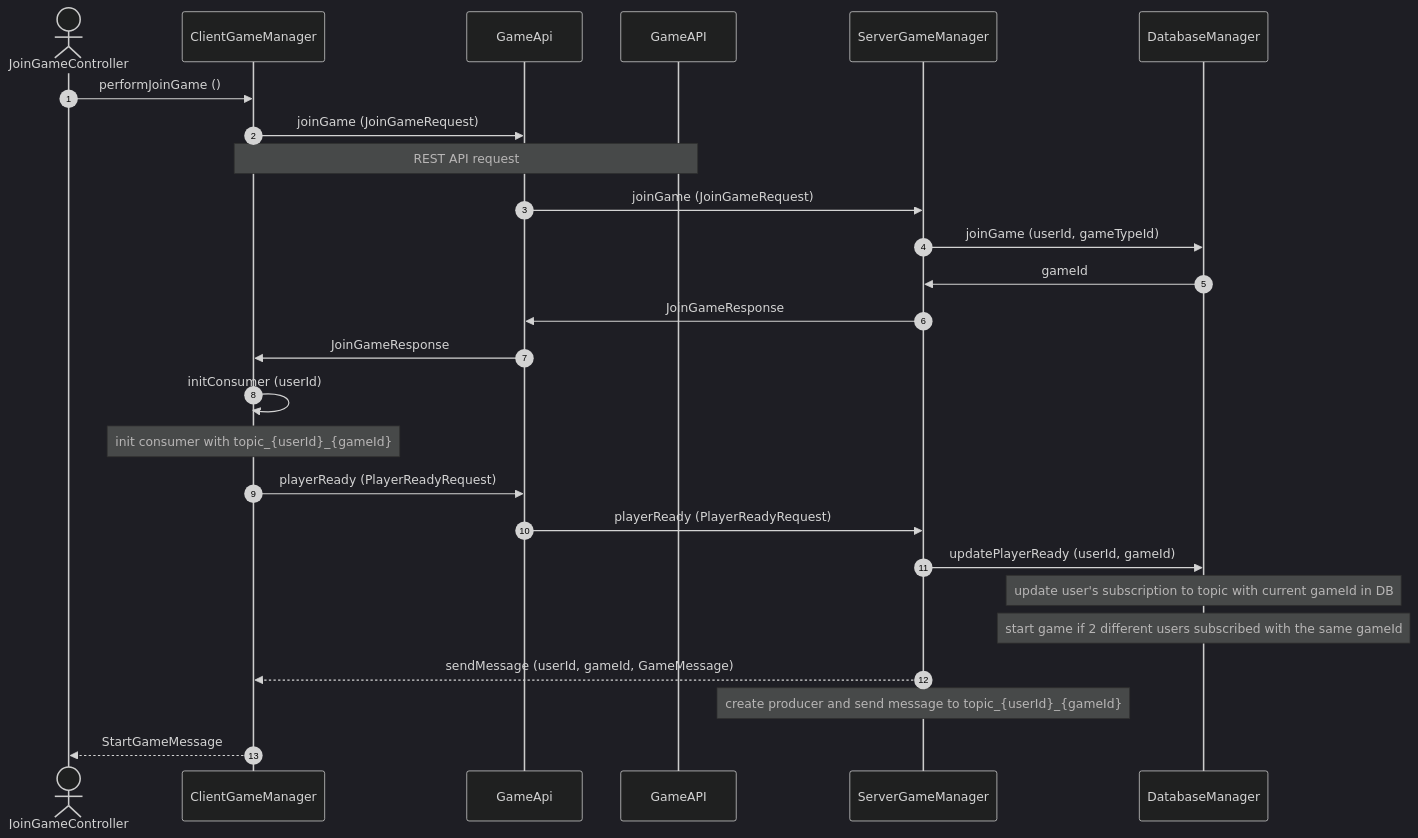
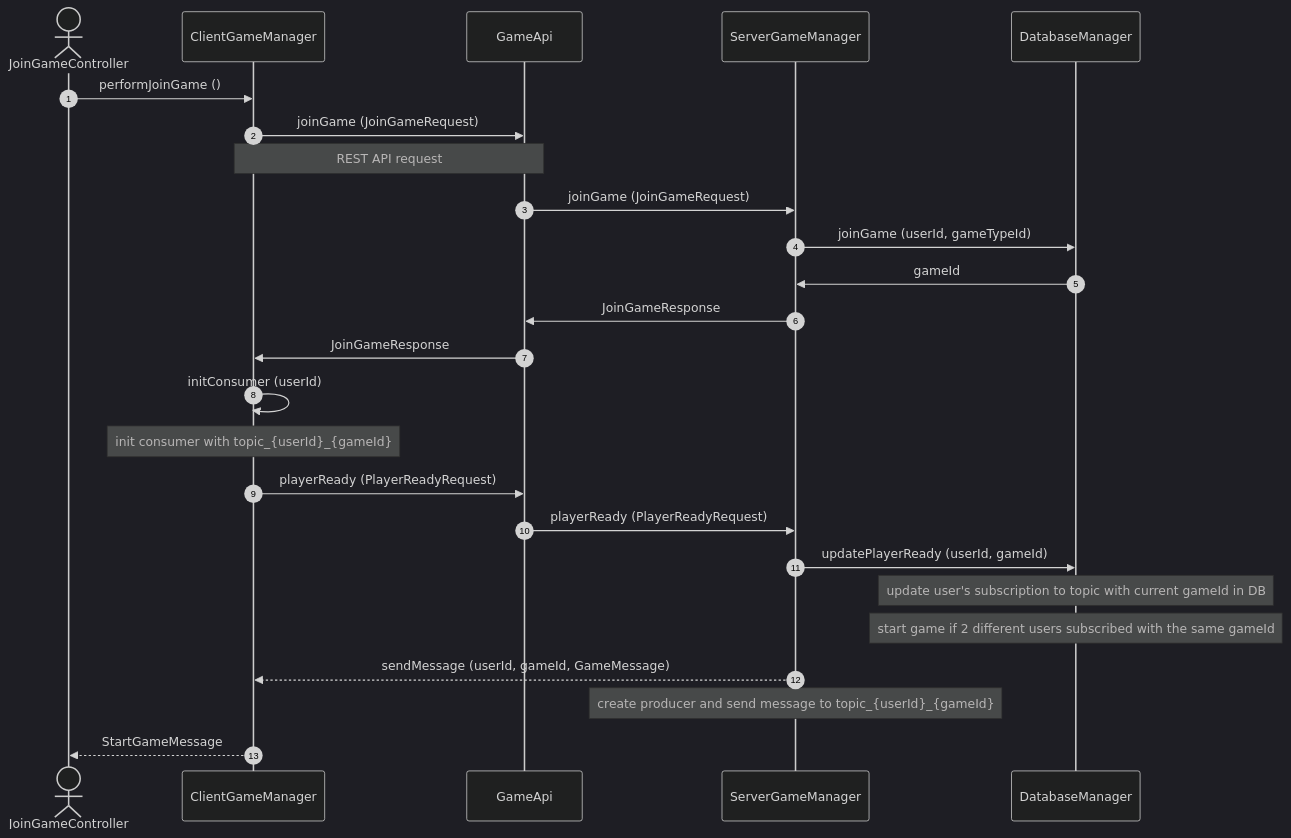
Before and after one commit to alice-ruv/board-games: the diagram in README.md, drawn with Mermaid (dark theme).

````diff
--- a/README.md
+++ b/README.md
@@ -151,23 +151,23 @@
 ```mermaid 
 sequenceDiagram
 autonumber
 actor JoinGameController
 JoinGameController ->> ClientGameManager: performJoinGame ()
 ClientGameManager ->> GameApi: joinGame (JoinGameRequest)
-note over ClientGameManager, GameAPI: REST API request
+note over ClientGameManager, GameApi: REST API request
 GameApi ->> ServerGameManager: joinGame (JoinGameRequest)
 ServerGameManager ->> DatabaseManager: joinGame (userId, gameTypeId)
 DatabaseManager ->> ServerGameManager: gameId
 ServerGameManager ->> GameApi: JoinGameResponse
 GameApi ->> ClientGameManager: JoinGameResponse
 ClientGameManager ->> ClientGameManager: initConsumer (userId) 
 note over ClientGameManager: init consumer with topic_{userId}_{gameId}
 ClientGameManager ->> GameApi: playerReady (PlayerReadyRequest)
 GameApi ->> ServerGameManager: playerReady (PlayerReadyRequest)
 ServerGameManager ->> DatabaseManager: updatePlayerReady (userId, gameId)
 note over DatabaseManager: update user's subscription to topic with current gameId in DB
 note over DatabaseManager: start game if 2 different users subscribed with the same gameId
 ServerGameManager -->> ClientGameManager: sendMessage (userId, gameId, GameMessage)
 note over ServerGameManager: create producer and send message to topic_{userId}_{gameId} 
 ClientGameManager -->> JoinGameController: StartGameMessage
 ```
````
